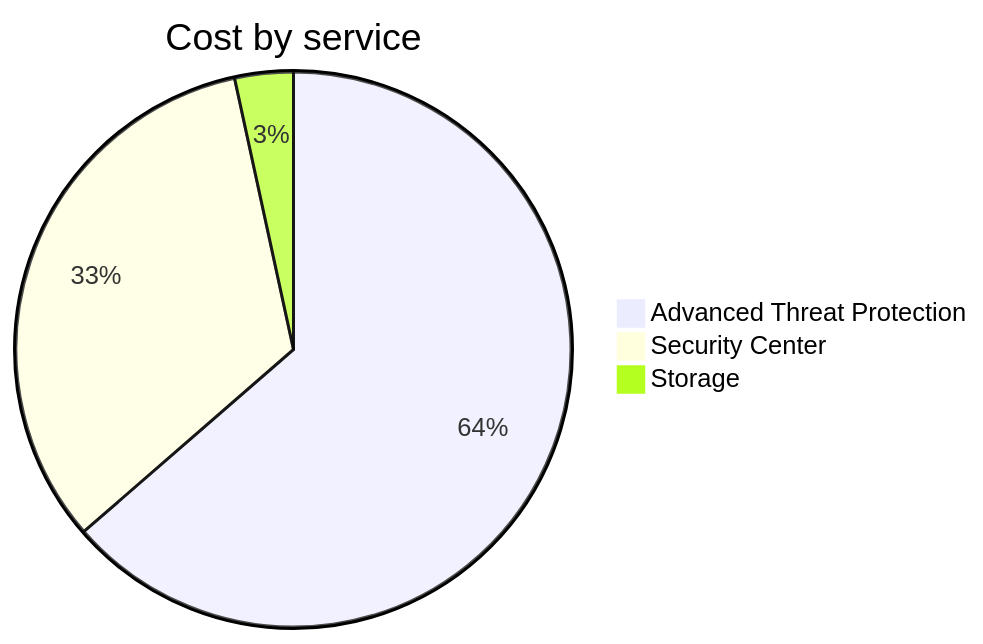
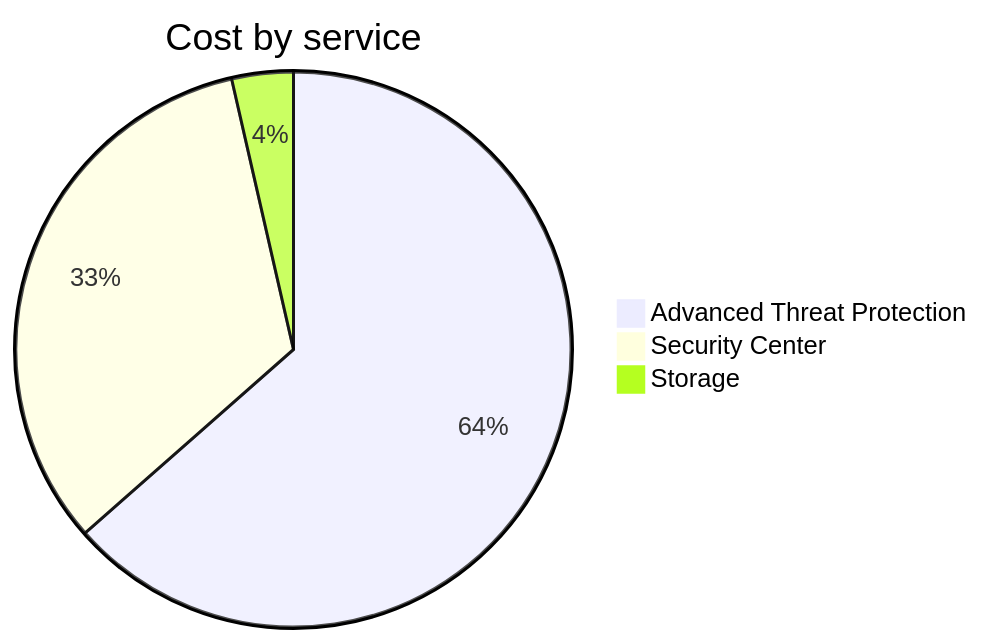
One commit to jpfulton/azure-personal-reports changed the second of 4 diagrams in cost-reports/cloud-shell-storage-eastus/README.md. Above: the diagram before and after it, drawn with Mermaid. The commit also changed other lines of this file and 1 other file, not shown here.

````diff
--- a/cost-reports/cloud-shell-storage-eastus/README.md
+++ b/cost-reports/cloud-shell-storage-eastus/README.md
@@ -95,7 +95,7 @@
 ```mermaid
 pie
    title Cost by service
    "Advanced Threat Protection" : 3.55
    "Security Center" : 1.84
-   "Storage" : 0.19
+   "Storage" : 0.20
 ```
````
